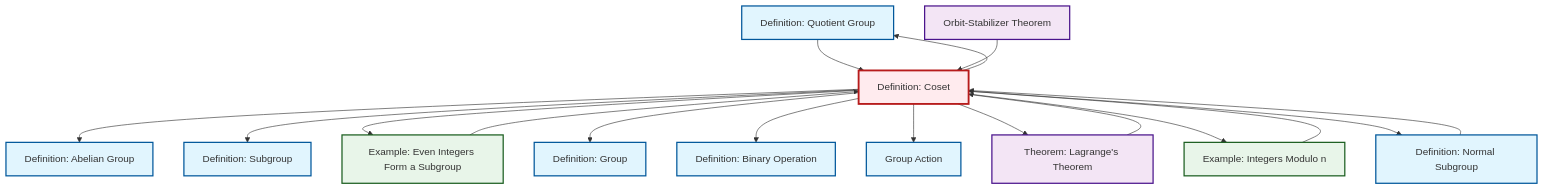
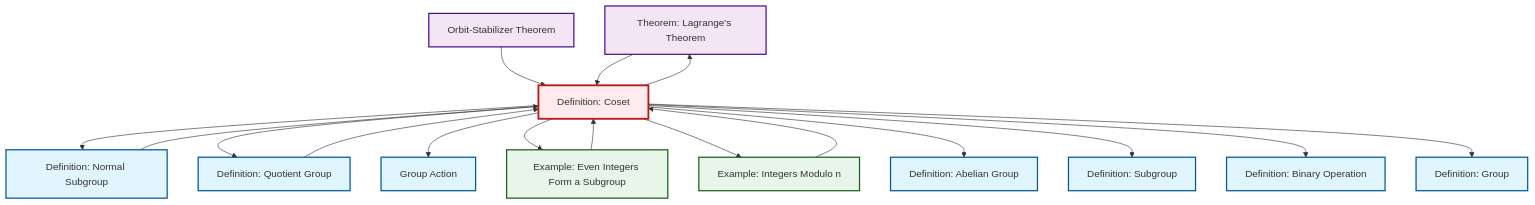
One commit to RK0429/ModernMath changed the diagram in content/en/algebra/def-coset.qmd. Above: the diagram before and after it, drawn with Mermaid. The commit also changed other lines of this file and 615 other files, not shown here.

````diff
--- a/content/en/algebra/def-coset.qmd
+++ b/content/en/algebra/def-coset.qmd
@@ -158,49 +158,49 @@
 ```{mermaid}
 %%| fig-cap: "Local dependency graph"
 graph TD
     classDef definition fill:#e1f5fe,stroke:#01579b,stroke-width:2px
     classDef theorem fill:#f3e5f5,stroke:#4a148c,stroke-width:2px
     classDef axiom fill:#fff3e0,stroke:#e65100,stroke-width:2px
     classDef example fill:#e8f5e9,stroke:#1b5e20,stroke-width:2px
     classDef current fill:#ffebee,stroke:#b71c1c,stroke-width:3px
+    def-group-action["Group Action"]:::definition
+    def-group["Definition: Group"]:::definition
+    def-subgroup["Definition: Subgroup"]:::definition
+    thm-lagrange["Theorem: Lagrange's Theorem"]:::theorem
+    def-binary-operation["Definition: Binary Operation"]:::definition
     def-abelian-group["Definition: Abelian Group"]:::definition
-    def-quotient-group["Definition: Quotient Group"]:::definition
+    ex-even-integers-subgroup["Example: Even Integers Form a Subgroup"]:::example
+    thm-orbit-stabilizer["Orbit-Stabilizer Theorem"]:::theorem
     ex-quotient-integers-mod-n["Example: Integers Modulo n"]:::example
-    thm-lagrange["Theorem: Lagrange's Theorem"]:::theorem
     def-coset["Definition: Coset"]:::definition
     def-normal-subgroup["Definition: Normal Subgroup"]:::definition
-    def-group-action["Group Action"]:::definition
-    ex-even-integers-subgroup["Example: Even Integers Form a Subgroup"]:::example
-    def-group["Definition: Group"]:::definition
-    thm-orbit-stabilizer["Orbit-Stabilizer Theorem"]:::theorem
-    def-binary-operation["Definition: Binary Operation"]:::definition
-    def-subgroup["Definition: Subgroup"]:::definition
+    def-quotient-group["Definition: Quotient Group"]:::definition
+    def-coset --> def-normal-subgroup
+    thm-orbit-stabilizer --> def-coset
+    def-quotient-group --> def-coset
     def-coset --> def-quotient-group
+    def-coset --> def-group-action
+    def-coset --> ex-even-integers-subgroup
+    def-coset --> ex-quotient-integers-mod-n
     def-coset --> def-abelian-group
-    def-coset --> def-subgroup
-    def-quotient-group --> def-coset
-    thm-lagrange --> def-coset
-    def-coset --> ex-even-integers-subgroup
-    thm-orbit-stabilizer --> def-coset
-    def-coset --> def-group
-    def-coset --> def-binary-operation
-    ex-quotient-integers-mod-n --> def-coset
-    def-normal-subgroup --> def-coset
-    def-coset --> def-group-action
     ex-even-integers-subgroup --> def-coset
     def-coset --> thm-lagrange
-    def-coset --> ex-quotient-integers-mod-n
-    def-coset --> def-normal-subgroup
+    def-coset --> def-subgroup
+    ex-quotient-integers-mod-n --> def-coset
+    thm-lagrange --> def-coset
+    def-coset --> def-binary-operation
+    def-coset --> def-group
+    def-normal-subgroup --> def-coset
     class def-coset current
+    click def-group-action "def-group-action.html" "Go to Group Action"
+    click def-group "def-group.html" "Go to Group definition"
+    click def-subgroup "def-subgroup.html" "Go to Subgroup definition"
+    click thm-lagrange "thm-lagrange.html" "Go to Lagrange's Theorem theorem"
+    click def-binary-operation "def-binary-operation.html" "Go to Binary Operation definition"
     click def-abelian-group "def-abelian-group.html" "Go to Abelian Group definition"
+    click ex-even-integers-subgroup "ex-even-integers-subgroup.html" "Go to Even Integers Form a Subgroup example"
+    click thm-orbit-stabilizer "thm-orbit-stabilizer.html" "Go to Orbit-Stabilizer Theorem"
+    click ex-quotient-integers-mod-n "ex-quotient-integers-mod-n.html" "Go to Integers Modulo n example"
+    click def-normal-subgroup "def-normal-subgroup.html" "Go to Normal Subgroup definition"
     click def-quotient-group "def-quotient-group.html" "Go to Quotient Group definition"
-    click ex-quotient-integers-mod-n "ex-quotient-integers-mod-n.html" "Go to Integers Modulo n example"
-    click thm-lagrange "thm-lagrange.html" "Go to Lagrange's Theorem theorem"
-    click def-normal-subgroup "def-normal-subgroup.html" "Go to Normal Subgroup definition"
-    click def-group-action "def-group-action.html" "Go to Group Action"
-    click ex-even-integers-subgroup "ex-even-integers-subgroup.html" "Go to Even Integers Form a Subgroup example"
-    click def-group "def-group.html" "Go to Group definition"
-    click thm-orbit-stabilizer "thm-orbit-stabilizer.html" "Go to Orbit-Stabilizer Theorem"
-    click def-binary-operation "def-binary-operation.html" "Go to Binary Operation definition"
-    click def-subgroup "def-subgroup.html" "Go to Subgroup definition"
 ```
````
